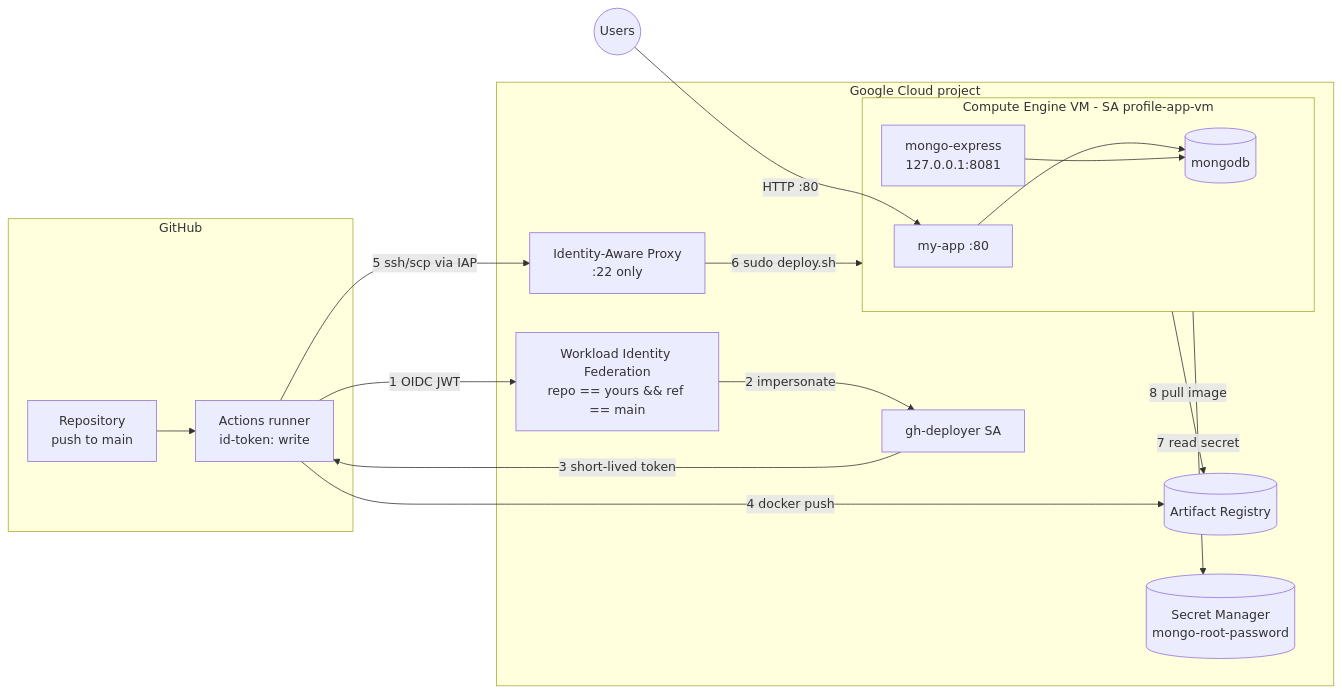
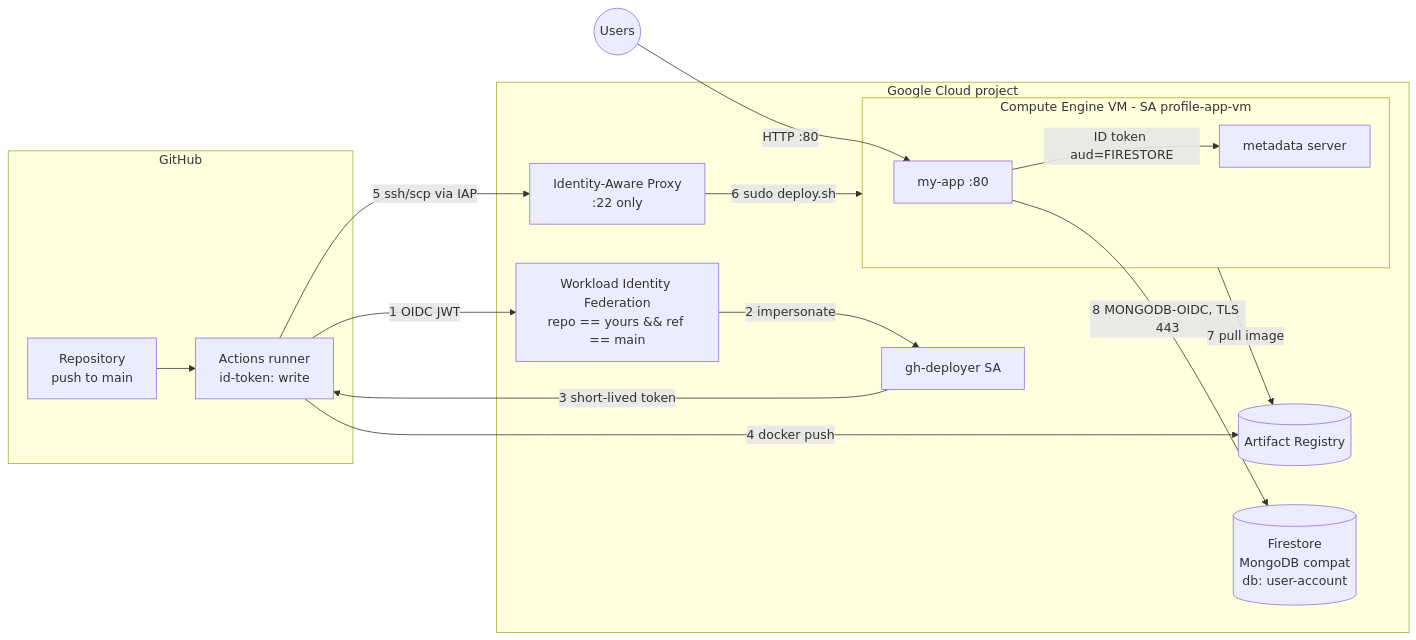
One commit to oguduf/gcp-cloud-task-manager changed the first of 2 diagrams in README.md. Above: the diagram before and after it, drawn with Mermaid. The commit also changed other lines of this file and 31 other files, not shown here.

````diff
--- a/README.md
+++ b/README.md
@@ -7,26 +12,25 @@
 ```mermaid
 flowchart LR
   subgraph GH[GitHub]
     repo[Repository<br/>push to main] --> runner[Actions runner<br/>id-token: write]
   end
   subgraph GCP[Google Cloud project]
     wif[Workload Identity Federation<br/>repo == yours && ref == main]
     sa[gh-deployer SA]
     ar[(Artifact Registry)]
     iap[Identity-Aware Proxy<br/>:22 only]
-    sm[(Secret Manager<br/>mongo-root-password)]
+    fs[(Firestore<br/>MongoDB compat<br/>db: user-account)]
     subgraph VM[Compute Engine VM - SA profile-app-vm]
-      app[my-app :80] --> db[(mongodb)]
-      me[mongo-express<br/>127.0.0.1:8081] --> db
+      app[my-app :80] -- ID token aud=FIRESTORE --> md[metadata server]
     end
   end
   users((Users)) -- HTTP :80 --> app
   runner -- "1 OIDC JWT" --> wif
   wif -- "2 impersonate" --> sa
   sa -- "3 short-lived token" --> runner
   runner -- "4 docker push" --> ar
   runner -- "5 ssh/scp via IAP" --> iap
   iap -- "6 sudo deploy.sh" --> VM
-  VM -- "7 read secret" --> sm
-  VM -- "8 pull image" --> ar
+  VM -- "7 pull image" --> ar
+  app -- "8 MONGODB-OIDC, TLS 443" --> fs
 ```
````
